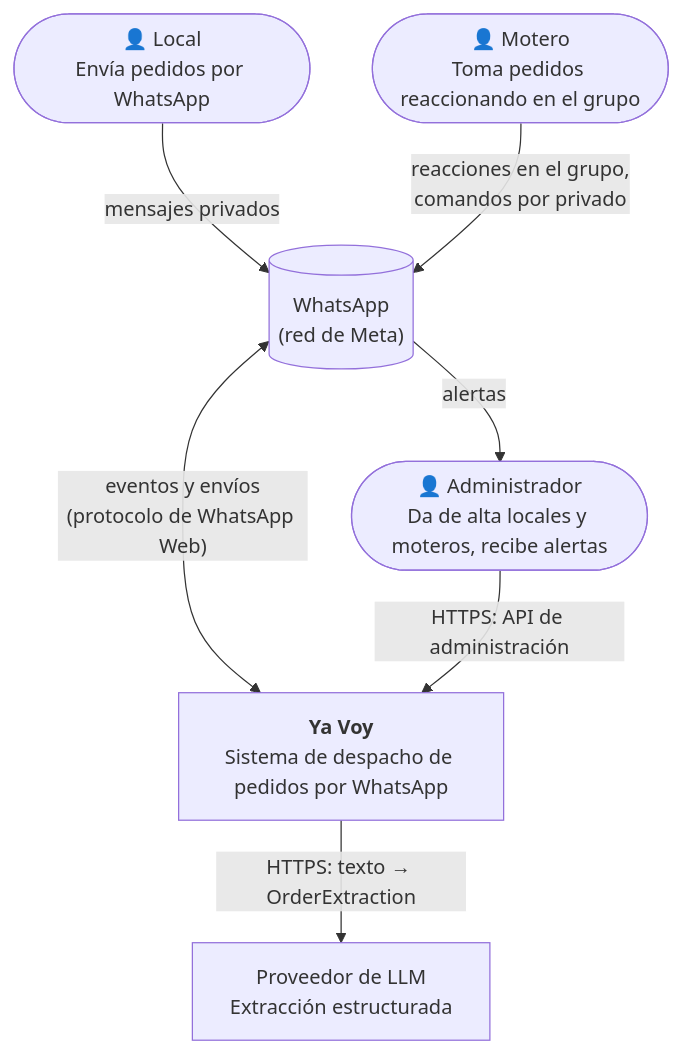
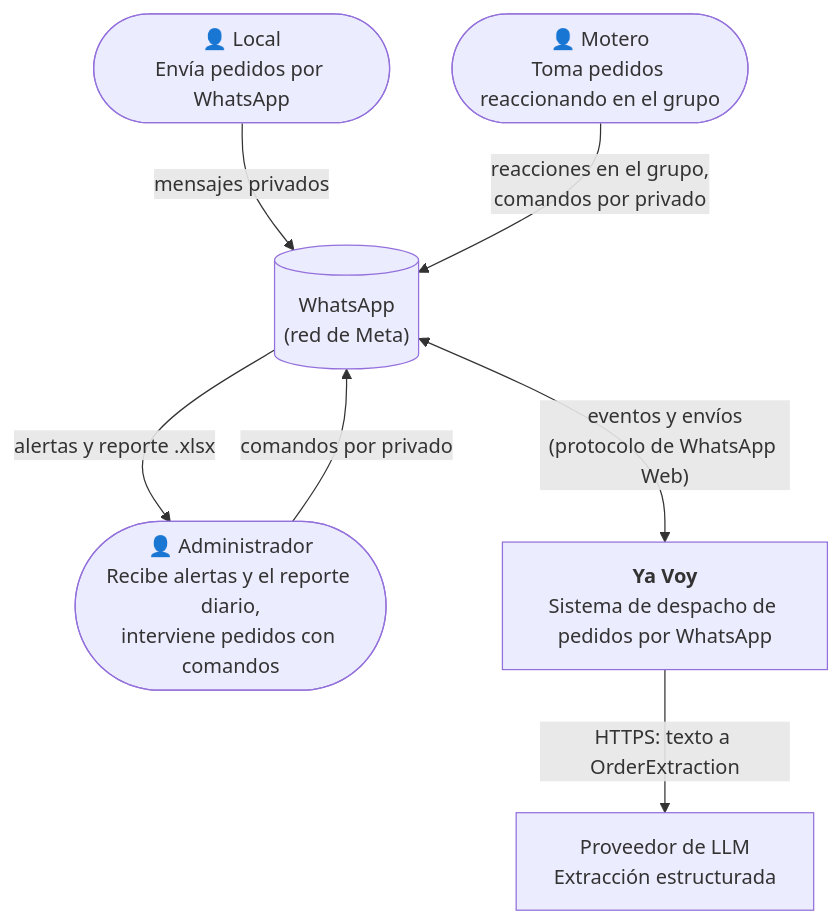
The first of 2 diagrams in docs/06-arquitectura.md (KevOrtega/ya-voy-automation-whatsapp), drawn with Mermaid before and after one commit. The commit also changed other lines of this file and 8 other files, not shown here.

````diff
--- a/docs/06-arquitectura.md
+++ b/docs/06-arquitectura.md
@@ -5,18 +5,18 @@
 ```mermaid
 flowchart TB
     store(["👤 Local<br/>Envía pedidos por WhatsApp"])
     courier(["👤 Motero<br/>Toma pedidos reaccionando en el grupo"])
-    admin(["👤 Administrador<br/>Da de alta locales y moteros, recibe alertas"])
+    admin(["👤 Administrador<br/>Recibe alertas y el reporte diario,<br/>interviene pedidos con comandos"])
 
     yavoy["<b>Ya Voy</b><br/>Sistema de despacho de pedidos por WhatsApp"]
 
     wa[("WhatsApp<br/>(red de Meta)")]
     llm["Proveedor de LLM<br/>Extracción estructurada"]
 
     store -- "mensajes privados" --> wa
     courier -- "reacciones en el grupo,<br/>comandos por privado" --> wa
+    admin -- "comandos por privado" --> wa
     wa <-- "eventos y envíos<br/>(protocolo de WhatsApp Web)" --> yavoy
-    yavoy -- "HTTPS: texto → OrderExtraction" --> llm
-    admin -- "HTTPS: API de administración" --> yavoy
-    wa -- "alertas" --> admin
+    yavoy -- "HTTPS: texto a OrderExtraction" --> llm
+    wa -- "alertas y reporte .xlsx" --> admin
 ```
````
